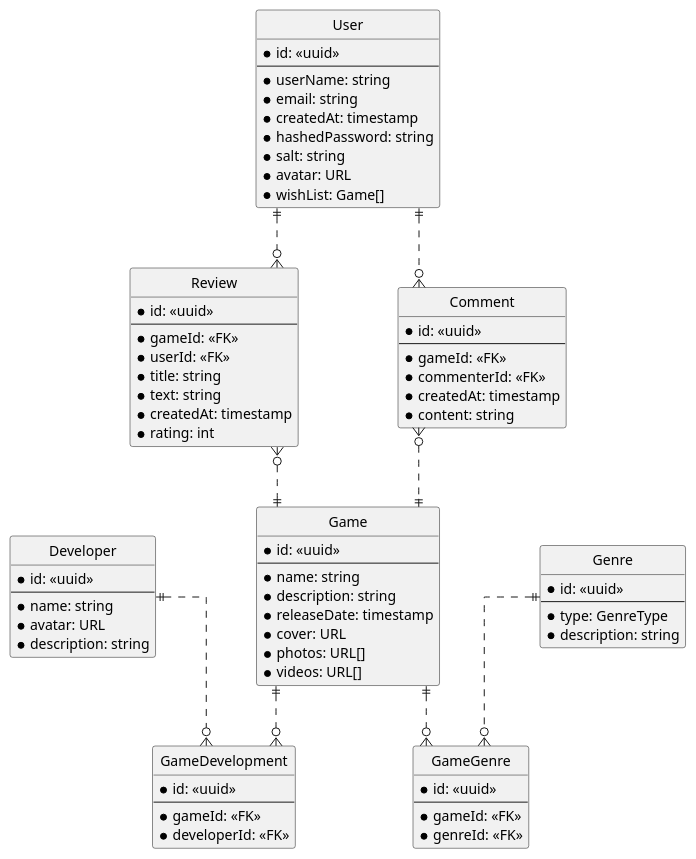
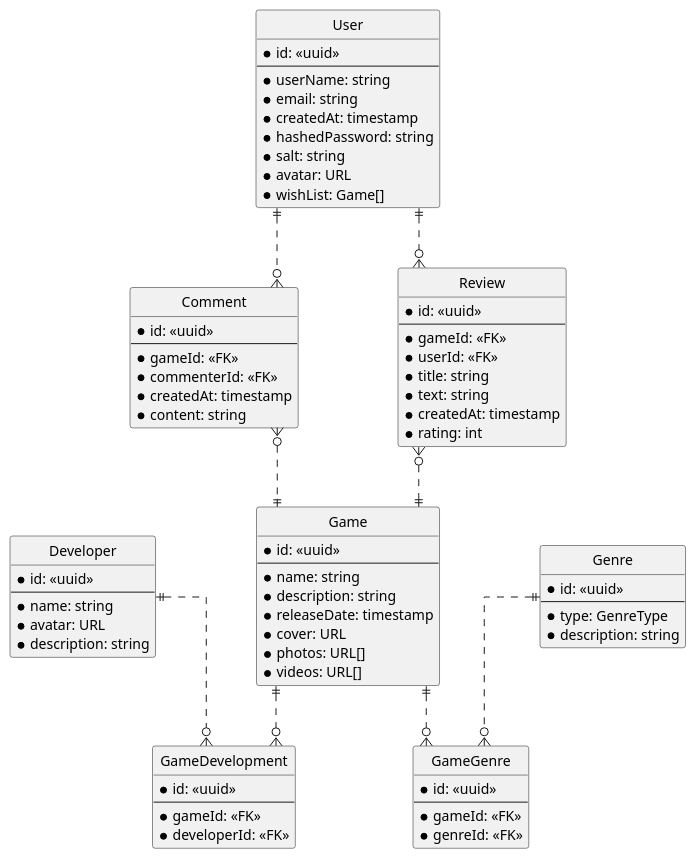
The diagram in ERD/webdev.puml (nouzaj23/Czech-Slovak_Game_Database), drawn with PlantUML before and after one commit. The commit also changed other lines of this file and 50 other files, not shown here.

```diff
--- a/ERD/webdev.puml
+++ b/ERD/webdev.puml
@@ -1,90 +1,90 @@
 @startuml gamedev
 
 hide circle
 skinparam Linetype ortho
 skinparam Ranksep 60
 skinparam Nodesep 100
-
-entity Review {
-    * id: <<uuid>>
-    ---
-    * gameId: <<FK>>
-    * userId: <<FK>>
-    * title: string
-    * text: string
-    * createdAt: timestamp
-    * rating: int
-}
 
 entity Comment {
     * id: <<uuid>>
     ---
     * gameId: <<FK>>
     * commenterId: <<FK>>
     * createdAt: timestamp
     * content: string
+}
+
+entity Developer {
+    * id: <<uuid>>
+    ---
+    * name: string
+    * avatar: URL
+    * description: string
 }
 
 entity Game {
     * id: <<uuid>>
     ---
     * name: string
     * description: string
     * releaseDate: timestamp
     * cover: URL
     * photos: URL[]
     * videos: URL[]
 }
 
-entity Developer {
+entity Genre {
     * id: <<uuid>>
     ---
-    * name: string
+    * type: GenreType
+    * description: string
+}
+
+entity Review {
+    * id: <<uuid>>
+    ---
+    * gameId: <<FK>>
+    * userId: <<FK>>
+    * title: string
+    * text: string
+    * createdAt: timestamp
+    * rating: int
+}
+
+entity User {
+    * id: <<uuid>>
+    ---
+    * userName: string
+    * email: string
+    * createdAt: timestamp
+    * hashedPassword: string
+    * salt: string
     * avatar: URL
-    * description: string
+    * wishList: Game[]
 }
 
 entity GameDevelopment {
     * id: <<uuid>>
     ---
     * gameId: <<FK>>
     * developerId: <<FK>>
 }
 
 entity GameGenre {
     * id: <<uuid>>
     ---
     * gameId: <<FK>>
     * genreId: <<FK>>
 }
 
-entity User {
-    * id: <<uuid>>
-    ---
-    * userName: string
-    * email: string
-    * createdAt: timestamp
-    * hashedPassword: string
-    * salt: string
-    * avatar: URL
-    * wishList: Game[]
-}
-
-entity Genre {
-    * id: <<uuid>>
-    ---
-    * type: GenreType
-    * description: string
-}
-
 Developer||..o{GameDevelopment
 Game||..o{GameDevelopment
 Game||..o{GameGenre
 Genre||..o{GameGenre
 Review}o..||Game
 User||..o{Review
 Comment}o..||Game
 User||..o{Comment
 
 
 @enduml
```
